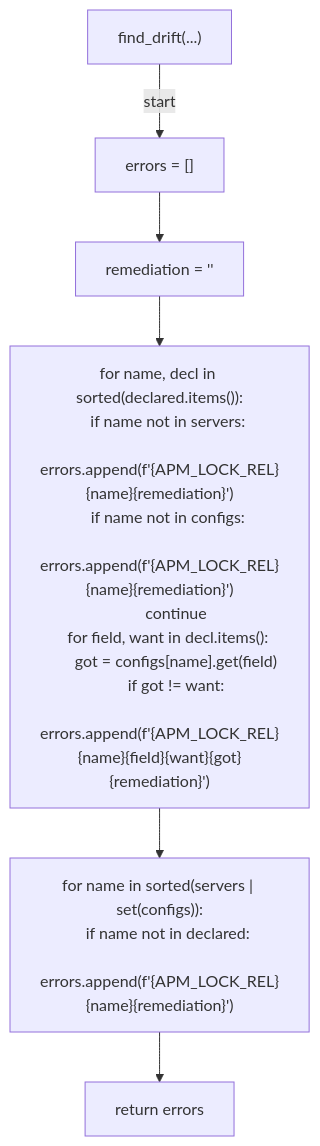
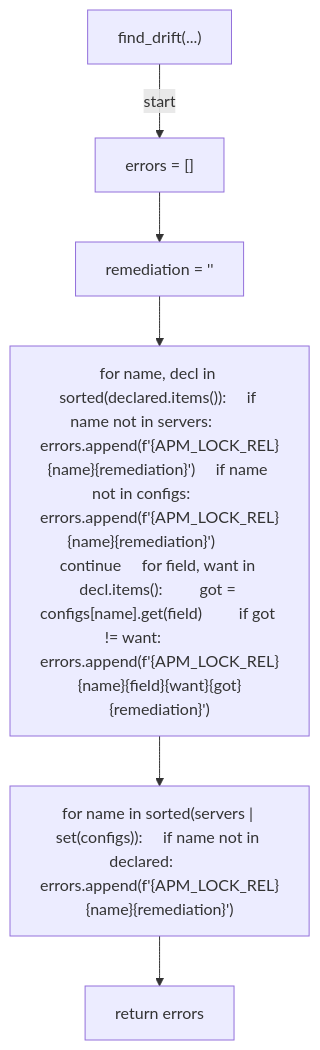
The third of 8 diagrams in docs/generated/scripts/ast/scan_apm_lock_drift.md (tvna/claude-md), drawn with Mermaid before and after one commit. The commit also changed other lines of this file and 29 other files, not shown here.

First line of the commit message:
docs(generated): regenerate decision tree and workflow diagrams (batch 3/5)

````diff
--- a/docs/generated/scripts/ast/scan_apm_lock_drift.md
+++ b/docs/generated/scripts/ast/scan_apm_lock_drift.md
@@ -48,25 +41,14 @@
 ```mermaid
 flowchart TD
     N001["find_drift(...)"]
     N002["errors = []"]
     N003["remediation = '<str>'"]
-    N004["for name, decl in sorted(declared.items()):
-    if name not in servers:
-        errors.append(f'<str>{APM_LOCK_REL}<str>{name}<str>{remediation}<str>')
-    if name not in configs:
-        errors.append(f'<str>{APM_LOCK_REL}<str>{name}<str>{remediation}<str>')
-        continue
-    for field, want in decl.items():
-        got = configs[name].get(field)
-        if got != want:
-            errors.append(f'<str>{APM_LOCK_REL}<str>{name}<str>{field}<str>{want}<str>{got}<str>{remediation}<str>')"]
-    N005["for name in sorted(servers | set(configs)):
-    if name not in declared:
-        errors.append(f'<str>{APM_LOCK_REL}<str>{name}<str>{remediation}<str>')"]
+    N004["for name, decl in sorted(declared.items()):     if name not in servers:         errors.append(f'<str>{APM_LOCK_REL}<str>{name}<str>{remediation}<str>')     if name not in configs:         errors.append(f'<str>{APM_LOCK_REL}<str>{name}<str>{remediation}<str>')         continue     for field, want in decl.items():         got = configs[name].get(field)         if got != want:             errors.append(f'<str>{APM_LOCK_REL}<str>{name}<str>{field}<str>{want}<str>{got}<str>{remediation}<str>')"]
+    N005["for name in sorted(servers | set(configs)):     if name not in declared:         errors.append(f'<str>{APM_LOCK_REL}<str>{name}<str>{remediation}<str>')"]
     N006["return errors"]
     N001 -->|"start"| N002
     N002 --> N003
     N003 --> N004
     N004 --> N005
     N005 --> N006
 ```
````
